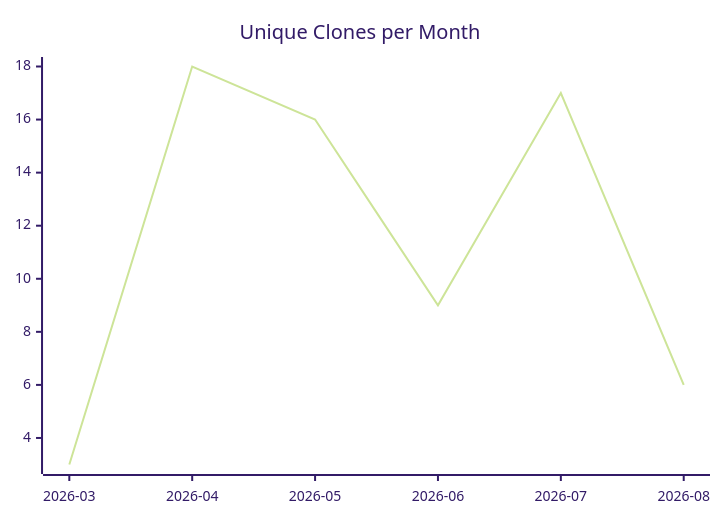
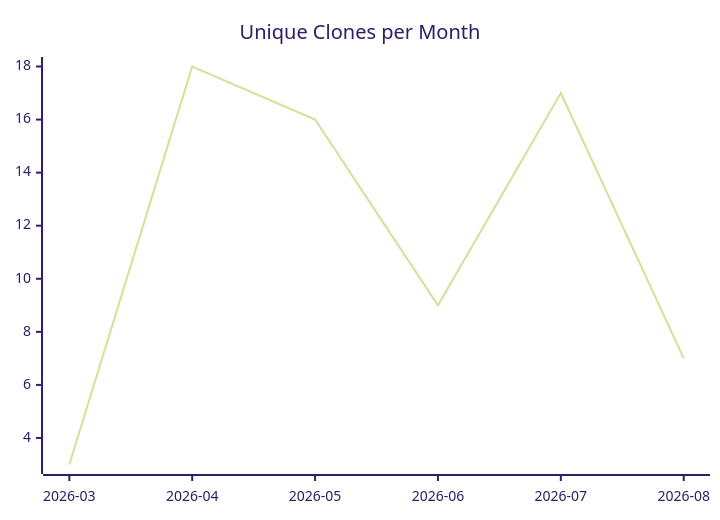
Before and after one commit to justdavis-family/github-analytics-data: the third of 3 diagrams in karlmdavis/jessentials/README.md, drawn with Mermaid (forest theme). The commit also changed other lines of this file and 185 other files, not shown here.

````diff
--- a/karlmdavis/jessentials/README.md
+++ b/karlmdavis/jessentials/README.md
@@ -19,6 +19,6 @@
 ```mermaid
 xychart-beta
   title "Unique Clones per Month"
   x-axis ["2026-03", "2026-04", "2026-05", "2026-06", "2026-07", "2026-08"]
-  line [3, 18, 16, 9, 17, 6]
+  line [3, 18, 16, 9, 17, 7]
 ```
````
